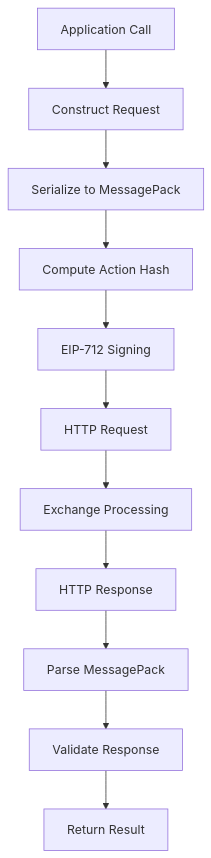
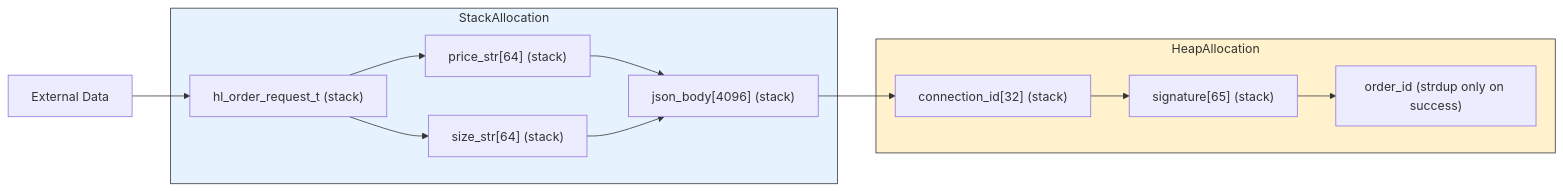
The fourth of 6 diagrams in .qoder/repowiki/en/content/Core Concepts/Core Concepts.md (suenot/hyperliquid-c), drawn with Mermaid before and after one commit. The commit also changed other lines of this file and 112 other files, not shown here.

````diff
--- a/.qoder/repowiki/en/content/Core Concepts/Core Concepts.md
+++ b/.qoder/repowiki/en/content/Core Concepts/Core Concepts.md
@@ -211,13 +139,24 @@
 ```mermaid
-flowchart TD
-A[Application Call] --> B[Construct Request]
-B --> C[Serialize to MessagePack]
-C --> D[Compute Action Hash]
-D --> E[EIP-712 Signing]
-E --> F[HTTP Request]
-F --> G[Exchange Processing]
-G --> H[HTTP Response]
-H --> I[Parse MessagePack]
-I --> J[Validate Response]
-J --> K[Return Result]
+flowchart LR
+subgraph StackAllocation
+A["hl_order_request_t (stack)"]
+B["price_str[64] (stack)"]
+C["size_str[64] (stack)"]
+D["json_body[4096] (stack)"]
+end
+subgraph HeapAllocation
+E["connection_id[32] (stack)"]
+F["signature[65] (stack)"]
+G["order_id (strdup only on success)"]
+end
+H["External Data"] --> A
+A --> B
+A --> C
+B --> D
+C --> D
+D --> E
+E --> F
+F --> G
+style StackAllocation fill:#e6f3ff,stroke:#333
+style HeapAllocation fill:#fff2cc,stroke:#333
 ```
````
